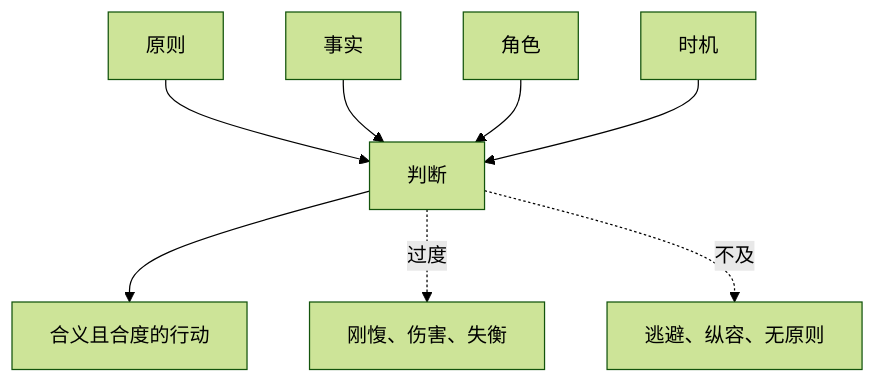
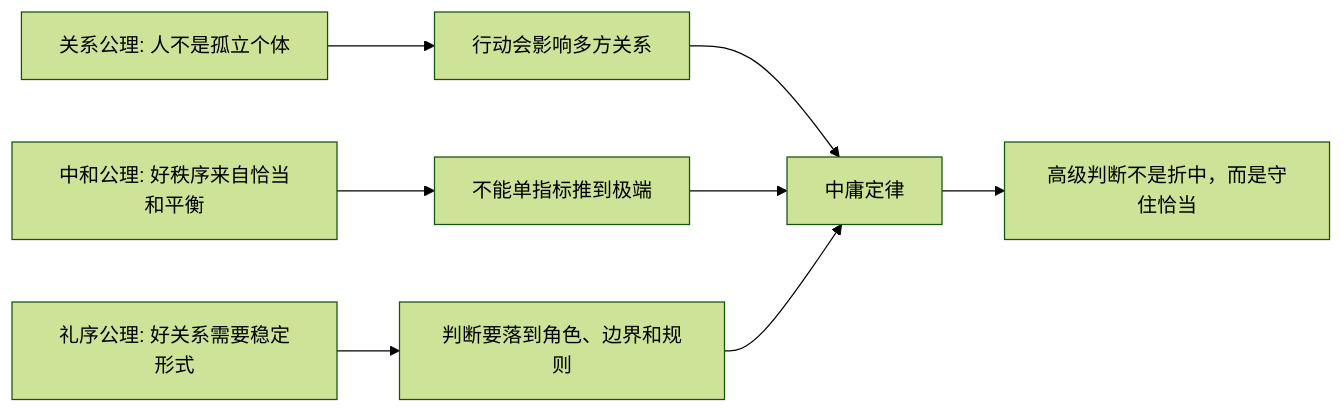
One commit to digoal/blog changed the second of 3 diagrams in 202605/20260518_28.md. Above: the diagram before and after it, drawn with Mermaid (forest theme). The commit also changed other lines of this file and 26 other files, not shown here.

````diff
--- a/202605/20260518_28.md
+++ b/202605/20260518_28.md
@@ -22,10 +86,10 @@
 ```mermaid
-flowchart TD
-  A["原则"] --> E["判断"]
-  B["事实"] --> E
-  C["角色"] --> E
-  D["时机"] --> E
-  E --> F["合义且合度的行动"]
-  E -. "过度" .-> G["刚愎、伤害、失衡"]
-  E -. "不及" .-> H["逃避、纵容、无原则"]
+flowchart LR
+  A["关系公理: 人不是孤立个体"] --> D["行动会影响多方关系"]
+  B["中和公理: 好秩序来自恰当和平衡"] --> E["不能单指标推到极端"]
+  C["礼序公理: 好关系需要稳定形式"] --> F["判断要落到角色、边界和规则"]
+  D --> G["中庸定律"]
+  E --> G
+  F --> G
+  G --> H["高级判断不是折中，而是守住恰当"]
 ```
````
